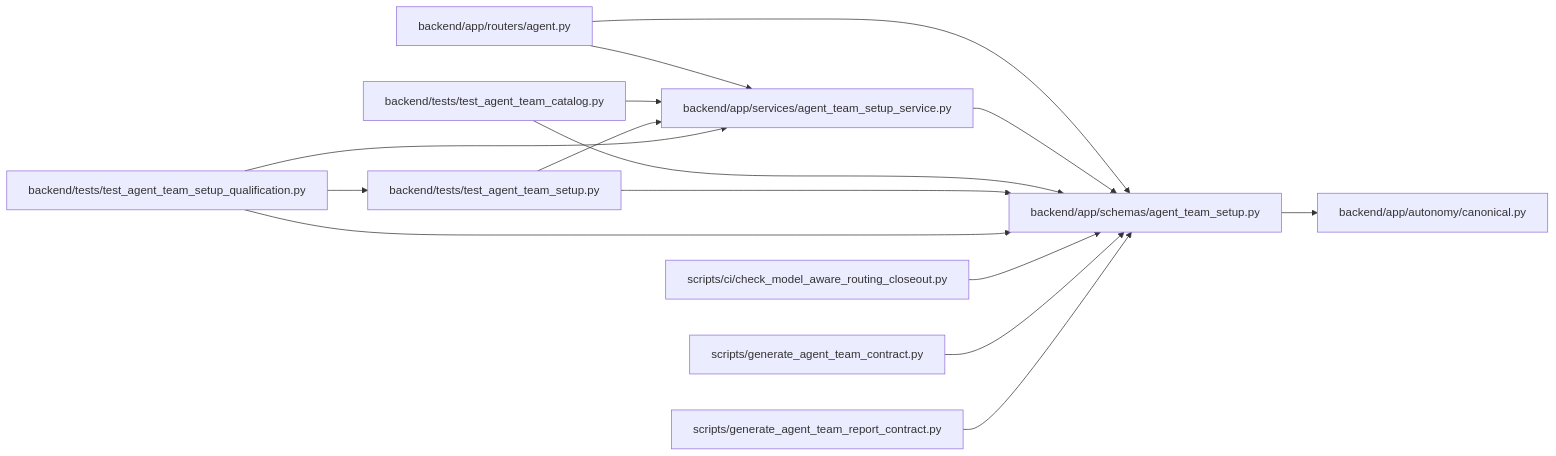
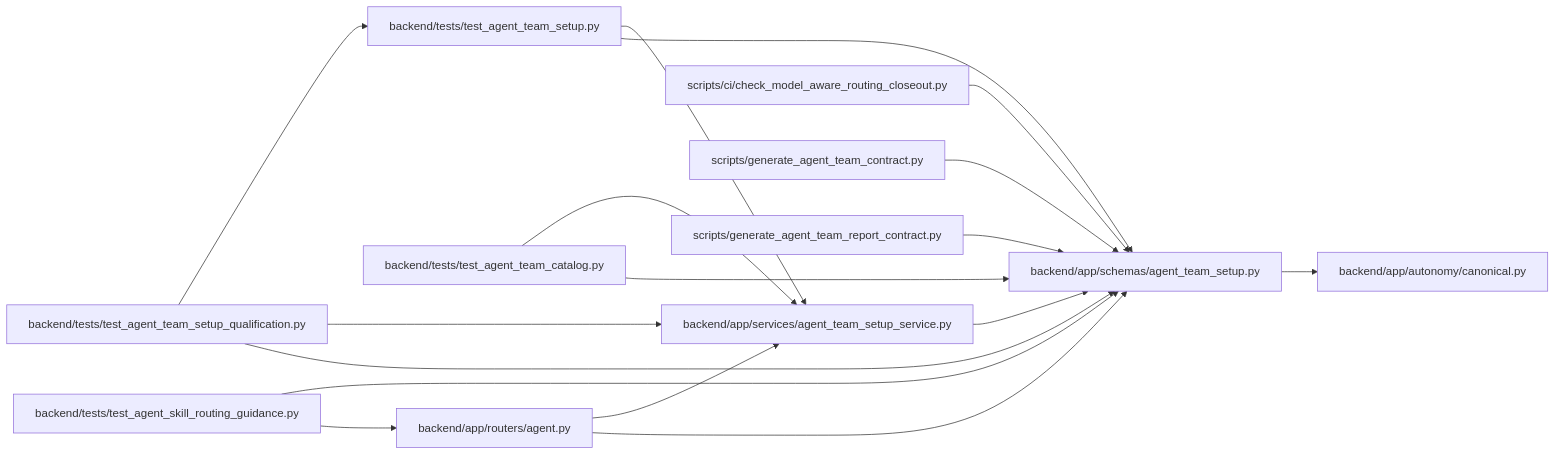
The diagram in docs/llm_wiki/modules/agent_team_setup.md (Denissvgn/WorkChord), drawn with Mermaid before and after one commit. The commit also changed other lines of this file and 724 other files, not shown here.

````diff
--- a/docs/llm_wiki/modules/agent_team_setup.md
+++ b/docs/llm_wiki/modules/agent_team_setup.md
@@ -25,37 +27,41 @@
 ```mermaid
 flowchart LR
     n0["backend/app/autonomy/canonical.py"]
     n1["backend/app/routers/agent.py"]
     n2["backend/app/schemas/agent_team_setup.py"]
     n3["backend/app/services/agent_team_setup_service.py"]
-    n4["backend/tests/test_agent_team_catalog.py"]
-    n5["backend/tests/test_agent_team_setup.py"]
-    n6["backend/tests/test_agent_team_setup_qualification.py"]
-    n7["scripts/ci/check_model_aware_routing_closeout.py"]
-    n8["scripts/generate_agent_team_contract.py"]
-    n9["scripts/generate_agent_team_report_contract.py"]
+    n4["backend/tests/test_agent_skill_routing_guidance.py"]
+    n5["backend/tests/test_agent_team_catalog.py"]
+    n6["backend/tests/test_agent_team_setup.py"]
+    n7["backend/tests/test_agent_team_setup_qualification.py"]
+    n8["scripts/ci/check_model_aware_routing_closeout.py"]
+    n9["scripts/generate_agent_team_contract.py"]
+    n10["scripts/generate_agent_team_report_contract.py"]
     n1 --> n2
     n1 --> n3
     n2 --> n0
     n3 --> n2
+    n4 --> n1
     n4 --> n2
-    n4 --> n3
     n5 --> n2
     n5 --> n3
     n6 --> n2
     n6 --> n3
-    n6 --> n5
     n7 --> n2
+    n7 --> n3
+    n7 --> n6
     n8 --> n2
     n9 --> n2
+    n10 --> n2
     click n0 "../modules/autonomy_canonical.md"
     click n1 "../modules/routers_agent.md"
     click n2 "../modules/agent_team_setup.md"
     click n3 "../modules/agent_team_setup_service.md"
-    click n4 "../modules/test_agent_team_catalog.md"
-    click n5 "../modules/test_agent_team_setup.md"
-    click n6 "../modules/test_agent_team_setup_qualification.md"
-    click n7 "../modules/check_model_aware_routing_closeout.md"
-    click n8 "../modules/generate_agent_team_contract.md"
-    click n9 "../modules/generate_agent_team_report_contract.md"
+    click n4 "../modules/test_agent_skill_routing_guidance.md"
+    click n5 "../modules/test_agent_team_catalog.md"
+    click n6 "../modules/test_agent_team_setup.md"
+    click n7 "../modules/test_agent_team_setup_qualification.md"
+    click n8 "../modules/check_model_aware_routing_closeout.md"
+    click n9 "../modules/generate_agent_team_contract.md"
+    click n10 "../modules/generate_agent_team_report_contract.md"
 ```
````
